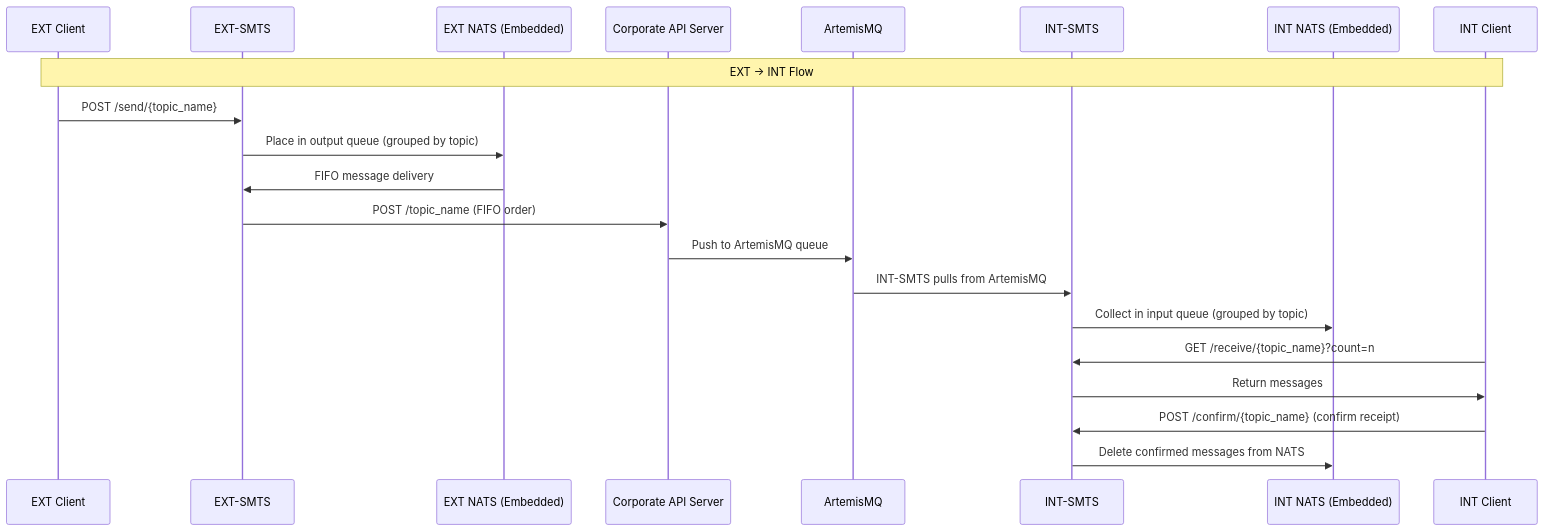
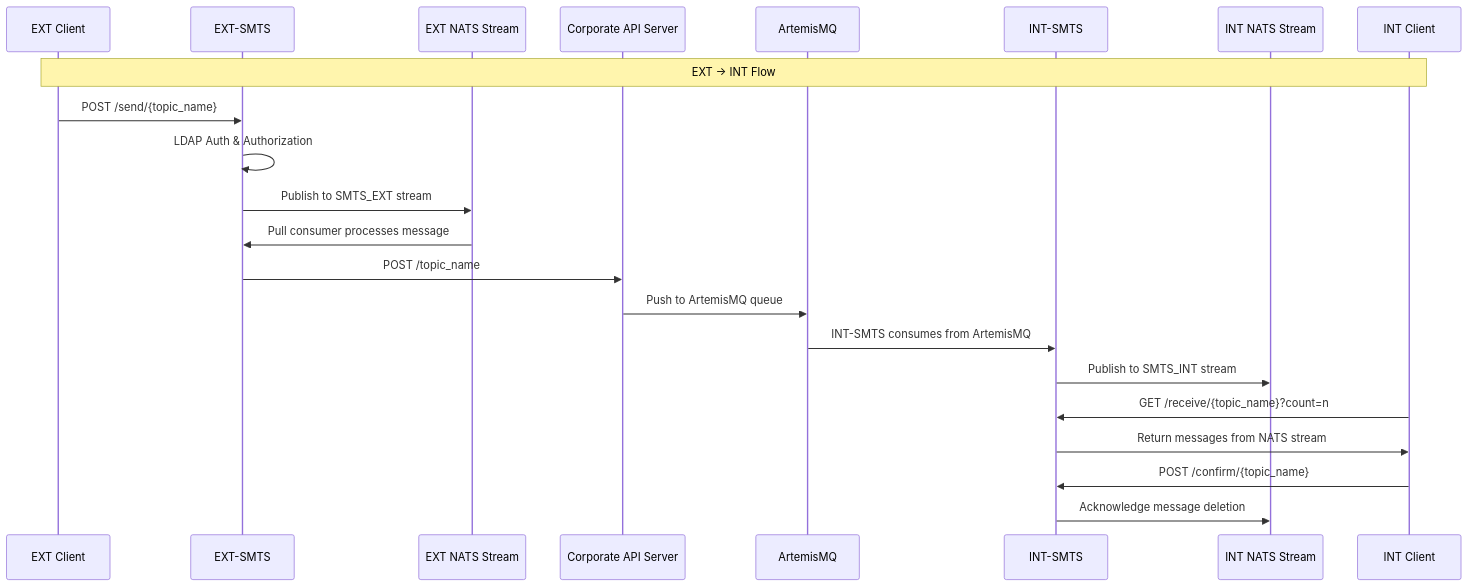
The first of 5 diagrams in README.md (GusevVlad/smts), drawn with Mermaid before and after one commit. The commit also changed other lines of this file and 9 other files, not shown here.

````diff
--- a/README.md
+++ b/README.md
@@ -32,24 +32,25 @@
 ```mermaid
 sequenceDiagram
     participant EC as EXT Client
     participant ES as EXT-SMTS
-    participant EN as EXT NATS (Embedded)
+    participant EN as EXT NATS Stream
     participant CA as Corporate API Server
     participant AM as ArtemisMQ
     participant IS as INT-SMTS
-    participant IN as INT NATS (Embedded)
+    participant IN as INT NATS Stream
     participant IC as INT Client
 
     Note over EC,IC: EXT → INT Flow
     EC->>ES: POST /send/{topic_name}
-    ES->>EN: Place in output queue (grouped by topic)
-    EN->>ES: FIFO message delivery
-    ES->>CA: POST /topic_name (FIFO order)
+    ES->>ES: LDAP Auth & Authorization
+    ES->>EN: Publish to SMTS_EXT stream
+    EN->>ES: Pull consumer processes message
+    ES->>CA: POST /topic_name
     CA->>AM: Push to ArtemisMQ queue
-    AM->>IS: INT-SMTS pulls from ArtemisMQ
-    IS->>IN: Collect in input queue (grouped by topic)
+    AM->>IS: INT-SMTS consumes from ArtemisMQ
+    IS->>IN: Publish to SMTS_INT stream
     IC->>IS: GET /receive/{topic_name}?count=n
-    IS->>IC: Return messages
-    IC->>IS: POST /confirm/{topic_name} (confirm receipt)
-    IS->>IN: Delete confirmed messages from NATS
+    IS->>IC: Return messages from NATS stream
+    IC->>IS: POST /confirm/{topic_name}
+    IS->>IN: Acknowledge message deletion
 ```
````
